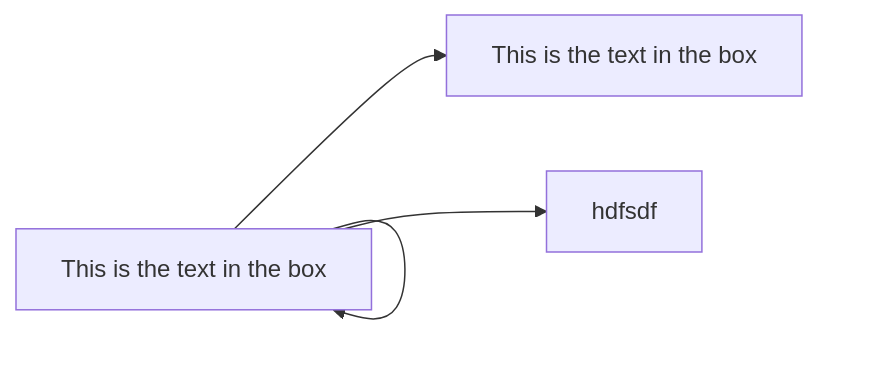
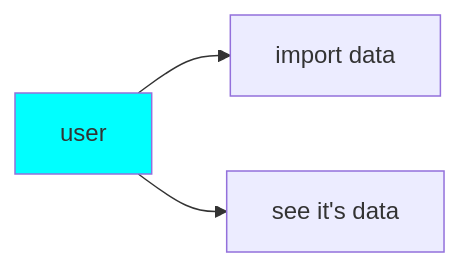
The third of 3 diagrams in Test/SubPage.md (imiiii/Wiki-For-ML-Project), drawn with Mermaid before and after one commit. The commit also changed other lines of this file, not shown here.

Commit message:
Updated SubPage

```diff
--- a/Test/SubPage.md
+++ b/Test/SubPage.md
@@ -27,6 +29,10 @@
 ::: mermaid
+
+
+
 graph LR;
-    id1[This is the text in the box] --> 
-id1 --> id2[This is the text in the box]
-id1-->id3[hdfsdf]
+style id1 fill:#00FFFF
+    id1[user]  
+id1 --> id2[import data]
+id1-->id3[see it's data]
 :::
```
